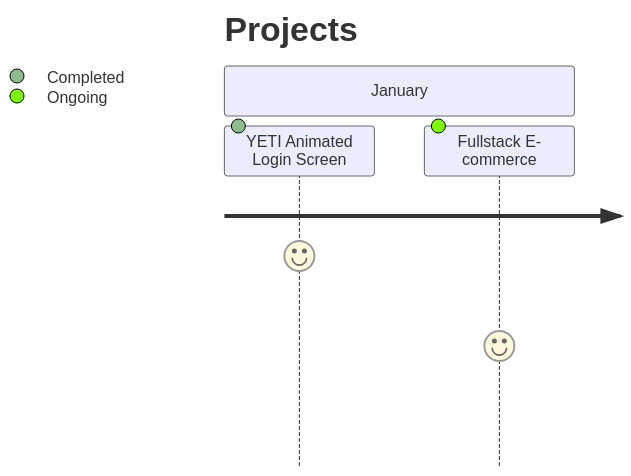
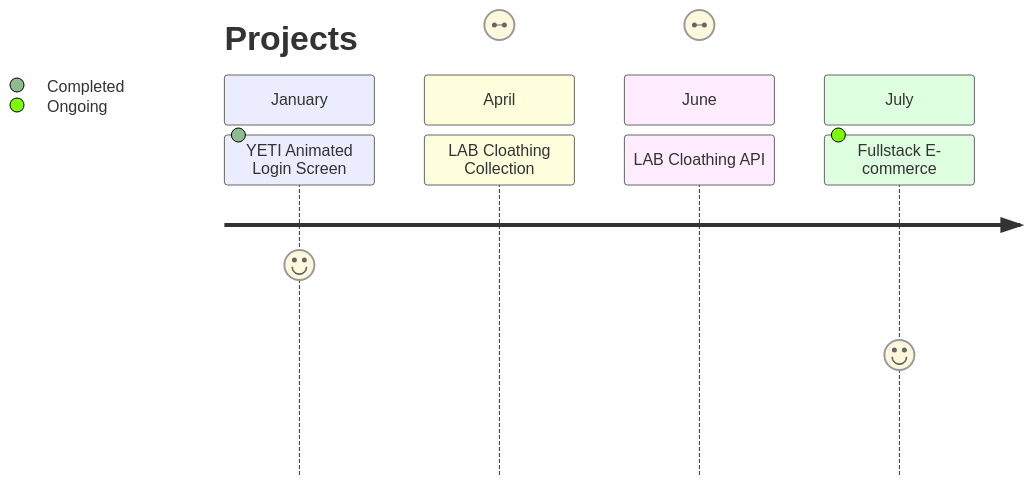
The diagram in README.md (MatheusFilipeFreitas/MatheusFilipeFreitas), drawn with Mermaid before and after one commit. The commit also changed other lines of this file, not shown here.

````diff
--- a/README.md
+++ b/README.md
@@ -33,28 +38,27 @@
 ```mermaid
 journey
 	title Projects
 	section January
     YETI Animated Login Screen: 7: Completed
-		Fullstack E-commerce: 4: Ongoing
   section February
-  
+  	
   section March 
-  
+  	
   section April 
-  
+  	LAB Cloathing Collection: Completed
   section May 
   
   section June 
-  
+  	LAB Cloathing API: Completed
   section July 
-  
+ 	 Fullstack E-commerce: 4: Ongoing
   section August  
   
   section September  
   
   section October  
   
   section November  
   
   section December  
 ```
````
